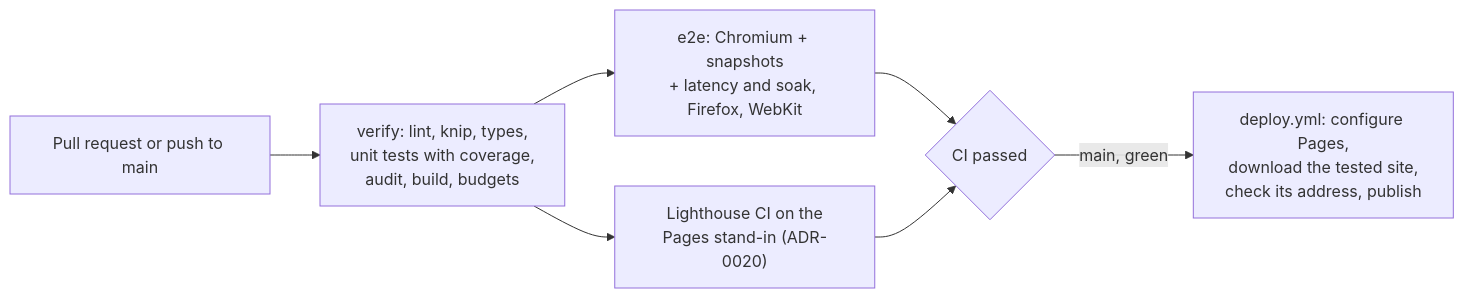
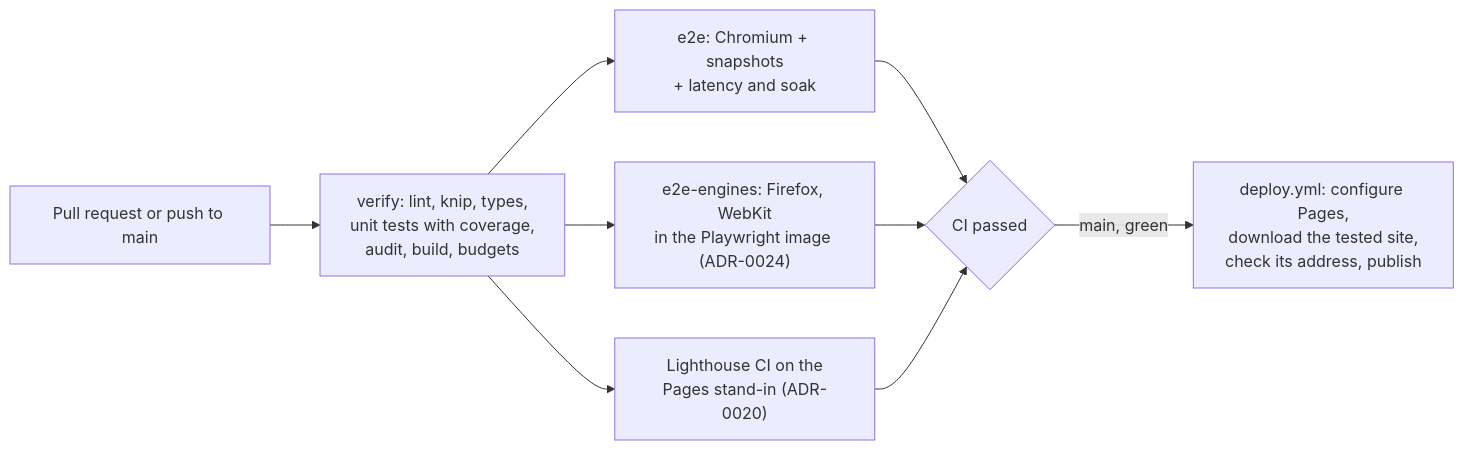
The fourth of 4 diagrams in docs/architecture.md (Bell-Azubi/Lottomatch), drawn with Mermaid before and after one commit. The commit also changed 6 other files, not shown here.

````diff
--- a/docs/architecture.md
+++ b/docs/architecture.md
@@ -195,9 +195,11 @@
 ```mermaid
 flowchart LR
   push[Pull request or push to main] --> verify["verify: lint, knip, types,<br/>unit tests with coverage,<br/>audit, build, budgets"]
-  verify --> e2e["e2e: Chromium + snapshots<br/>+ latency and soak, Firefox, WebKit"]
+  verify --> e2e["e2e: Chromium + snapshots<br/>+ latency and soak"]
+  verify --> engines["e2e-engines: Firefox, WebKit<br/>in the Playwright image (ADR-0024)"]
   verify --> lhci["Lighthouse CI on the<br/>Pages stand-in (ADR-0020)"]
   e2e --> passed{CI passed}
+  engines --> passed
   lhci --> passed
   passed -- "main, green" --> deploy["deploy.yml: configure Pages,<br/>download the tested site,<br/>check its address, publish"]
 ```
````
